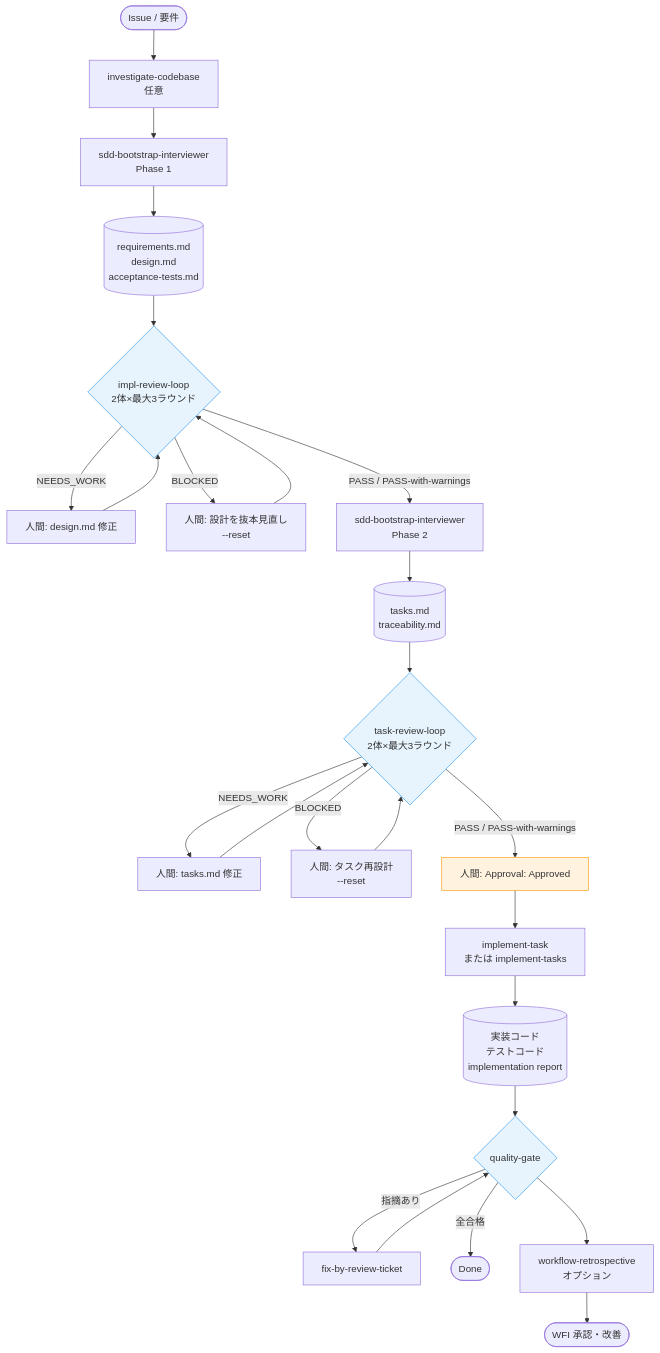
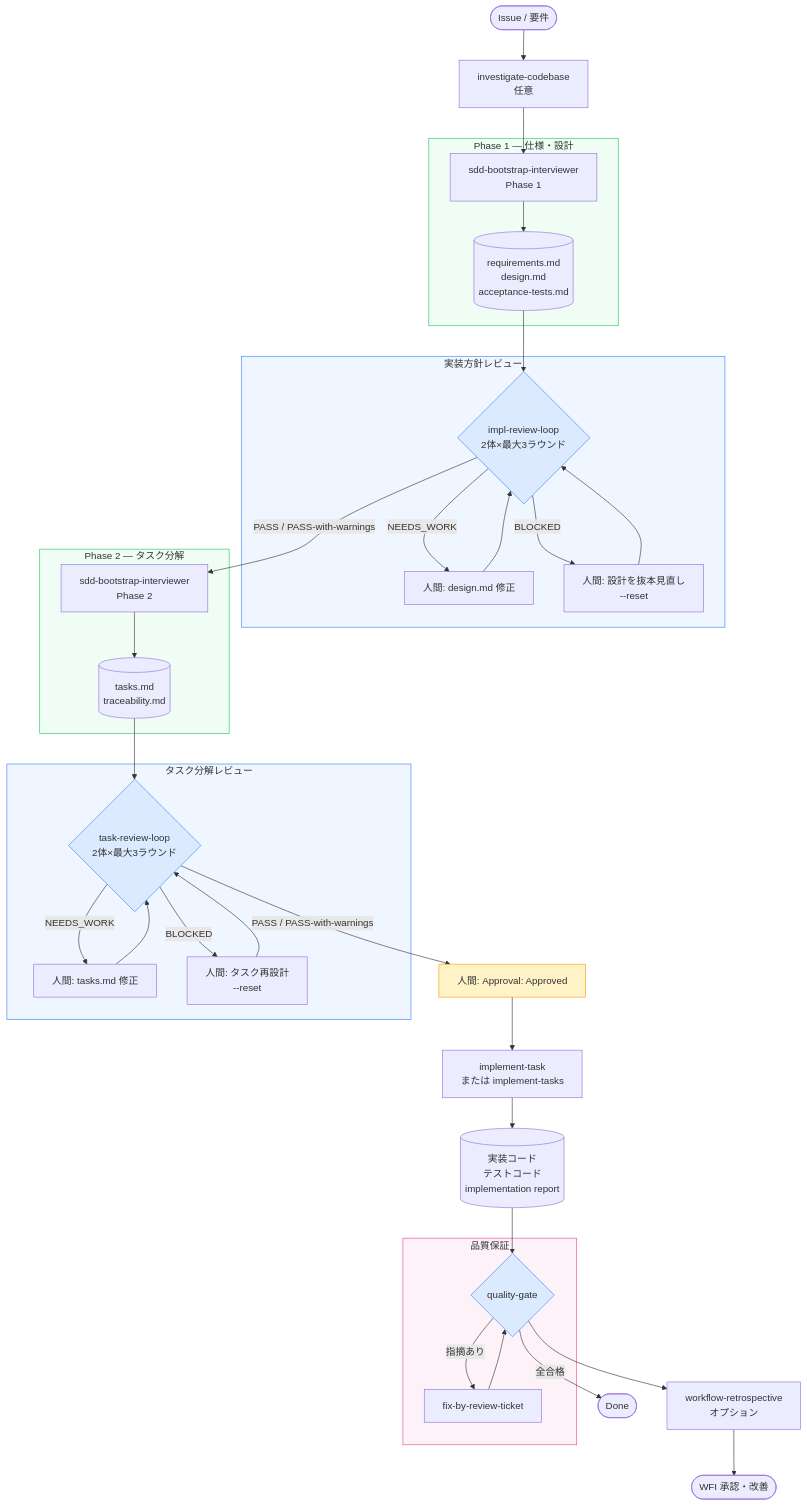
The first of 3 diagrams in docs/workflow-guide.md (aharada54914/sdd-forge), drawn with Mermaid before and after one commit. The commit also changed other lines of this file and 3 other files, not shown here.

First line of the commit message:
docs: README/ドキュメント改訂 — インストーラー削除・Mermaid図追加

````diff
--- a/docs/workflow-guide.md
+++ b/docs/workflow-guide.md
@@ -7,32 +7,56 @@
 ```mermaid
 flowchart TD
     A([Issue / 要件]) --> B[investigate-codebase\n任意]
-    B --> C[sdd-bootstrap-interviewer\nPhase 1]
-    C --> D[(requirements.md\ndesign.md\nacceptance-tests.md)]
-    D --> E{impl-review-loop\n2体×最大3ラウンド}
-    E -- NEEDS_WORK --> F[人間: design.md 修正]
-    F --> E
-    E -- BLOCKED --> G[人間: 設計を抜本見直し\n--reset]
-    G --> E
-    E -- PASS / PASS-with-warnings --> H[sdd-bootstrap-interviewer\nPhase 2]
-    H --> I[(tasks.md\ntraceability.md)]
-    I --> J{task-review-loop\n2体×最大3ラウンド}
-    J -- NEEDS_WORK --> K[人間: tasks.md 修正]
-    K --> J
-    J -- BLOCKED --> L[人間: タスク再設計\n--reset]
-    L --> J
+
+    subgraph p1["Phase 1 — 仕様・設計"]
+        C[sdd-bootstrap-interviewer\nPhase 1] --> D[(requirements.md\ndesign.md\nacceptance-tests.md)]
+    end
+
+    subgraph ir["実装方針レビュー"]
+        E{impl-review-loop\n2体×最大3ラウンド}
+        F[人間: design.md 修正]
+        G[人間: 設計を抜本見直し\n--reset]
+        E -- NEEDS_WORK --> F --> E
+        E -- BLOCKED --> G --> E
+    end
+
+    subgraph p2["Phase 2 — タスク分解"]
+        H[sdd-bootstrap-interviewer\nPhase 2] --> I[(tasks.md\ntraceability.md)]
+    end
+
+    subgraph tr["タスク分解レビュー"]
+        J{task-review-loop\n2体×最大3ラウンド}
+        K[人間: tasks.md 修正]
+        L[人間: タスク再設計\n--reset]
+        J -- NEEDS_WORK --> K --> J
+        J -- BLOCKED --> L --> J
+    end
+
+    subgraph qg["品質保証"]
+        P{quality-gate}
+        Q[fix-by-review-ticket]
+        P -- 指摘あり --> Q --> P
+    end
+
+    B --> C
+    D --> E
+    E -- PASS / PASS-with-warnings --> H
+    I --> J
     J -- PASS / PASS-with-warnings --> M[人間: Approval: Approved]
     M --> N[implement-task\nまたは implement-tasks]
     N --> O[(実装コード\nテストコード\nimplementation report)]
-    O --> P{quality-gate}
-    P -- 指摘あり --> Q[fix-by-review-ticket]
-    Q --> P
+    O --> P
     P -- 全合格 --> R([Done])
     P --> S[workflow-retrospective\nオプション]
     S --> T([WFI 承認・改善])
 
-    style E fill:#e8f4fd,stroke:#2196F3
-    style J fill:#e8f4fd,stroke:#2196F3
-    style P fill:#e8f4fd,stroke:#2196F3
-    style M fill:#fff3e0,stroke:#FF9800
+    style E fill:#dbeafe,stroke:#3b82f6
+    style J fill:#dbeafe,stroke:#3b82f6
+    style P fill:#dbeafe,stroke:#3b82f6
+    style M fill:#fef3c7,stroke:#f59e0b
+    style p1 fill:#f0fdf4,stroke:#22c55e
+    style p2 fill:#f0fdf4,stroke:#22c55e
+    style ir fill:#eff6ff,stroke:#3b82f6
+    style tr fill:#eff6ff,stroke:#3b82f6
+    style qg fill:#fdf2f8,stroke:#ec4899
 ```
````
